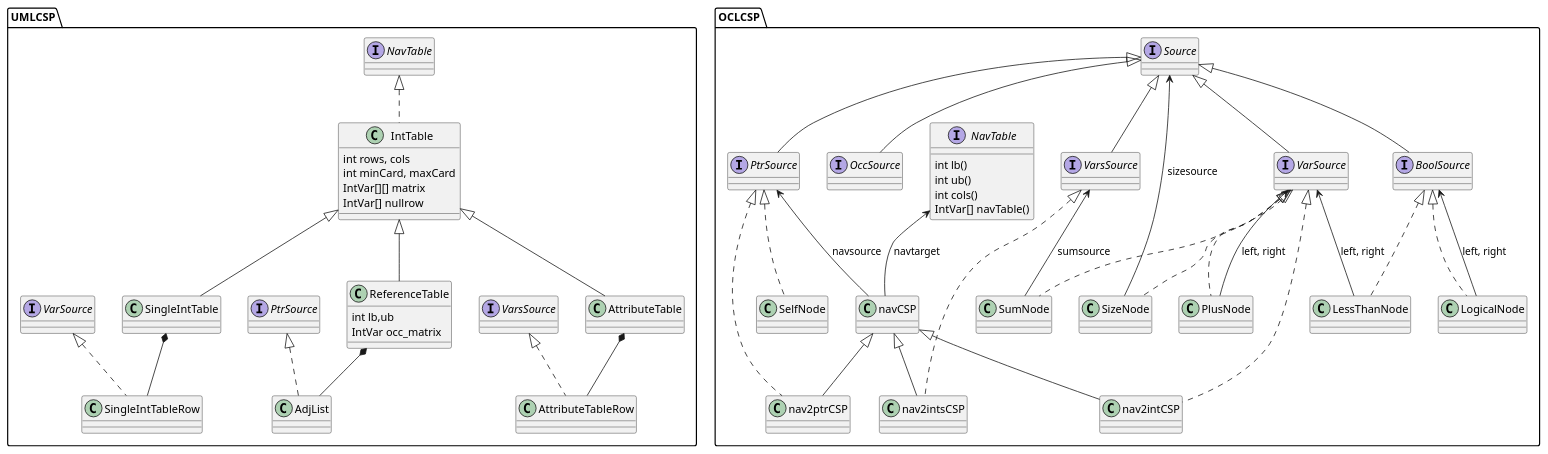
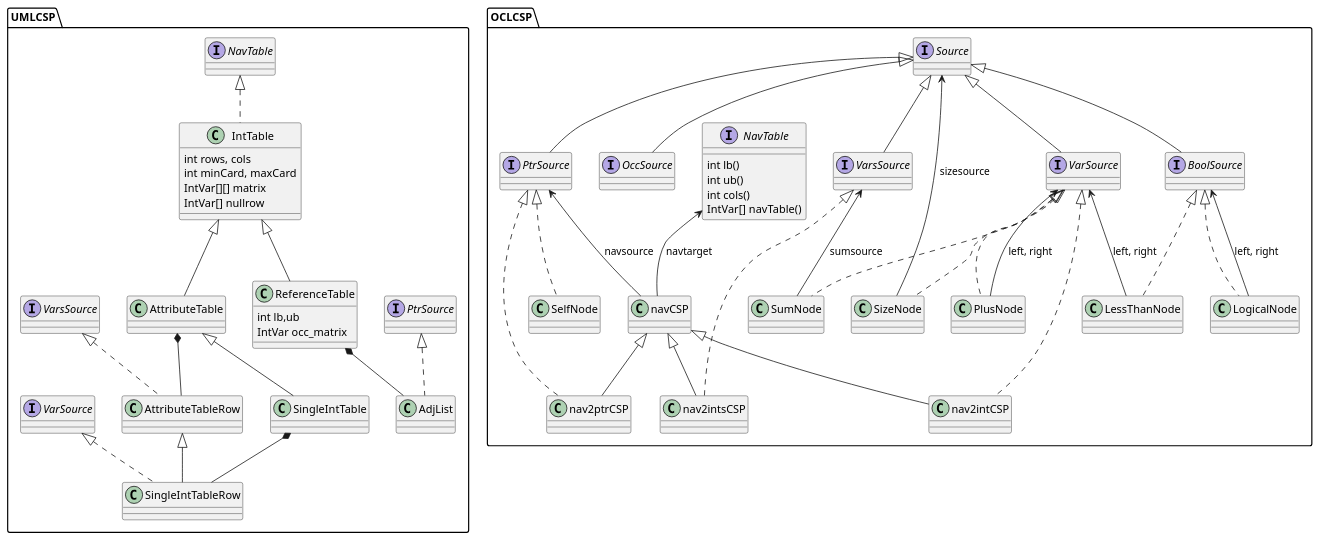
One commit to ArtemisLemon/OCLinChoco changed the diagram in readme/overview.plantuml. Above: the diagram before and after it, drawn with PlantUML.

Commit message:
overview reflects implemented IntTable hierachy

```diff
--- a/readme/overview.plantuml
+++ b/readme/overview.plantuml
@@ -1,70 +1,70 @@
 @startuml
 
 package UMLCSP{
 
   class IntTable implements NavTable{
     int rows, cols
     int minCard, maxCard
     IntVar[][] matrix
     IntVar[] nullrow
   }
   
   class AttributeTable extends IntTable{}
   class AttributeTableRow implements VarsSource{}
   AttributeTable *-- AttributeTableRow
   
   class ReferenceTable extends IntTable {
     int lb,ub
     IntVar occ_matrix
     
   }
   class AdjList implements PtrSource {}
   ReferenceTable *-- AdjList
   
-  class SingleIntTable extends IntTable{}
-  class SingleIntTableRow implements VarSource{}
+  class SingleIntTable extends AttributeTable{}
+  class SingleIntTableRow extends AttributeTableRow implements VarSource{}
   SingleIntTable *-- SingleIntTableRow
 
 }
 
 package OCLCSP{
   interface NavTable {
     int lb()
     int ub()
     int cols()
     IntVar[] navTable()
   }
   interface Source {}
   interface PtrSource extends Source {}
   interface OccSource extends Source {}
   interface VarsSource extends Source {}
   interface VarSource extends Source {}
   interface BoolSource extends Source {}
 
 
   class navCSP {}
   PtrSource <-- navCSP : navsource
   NavTable <-- navCSP : navtarget
   
   class nav2ptrCSP extends navCSP implements PtrSource{}
   class nav2intsCSP extends navCSP  implements VarsSource{}
   class nav2intCSP extends navCSP implements VarSource{}
   
   
   class SizeNode implements VarSource {}
   Source <-- SizeNode : sizesource
   class SumNode implements VarSource {}
   VarsSource <-- SumNode : sumsource
   class LessThanNode implements BoolSource{}
   VarSource <-- LessThanNode : left, right
   
   class PlusNode implements VarSource{}
   VarSource <-- PlusNode : left, right
   
   class LogicalNode implements BoolSource{}
   BoolSource <-- LogicalNode : left, right
   
   class SelfNode implements PtrSource{}
 
 }
 @enduml
```
